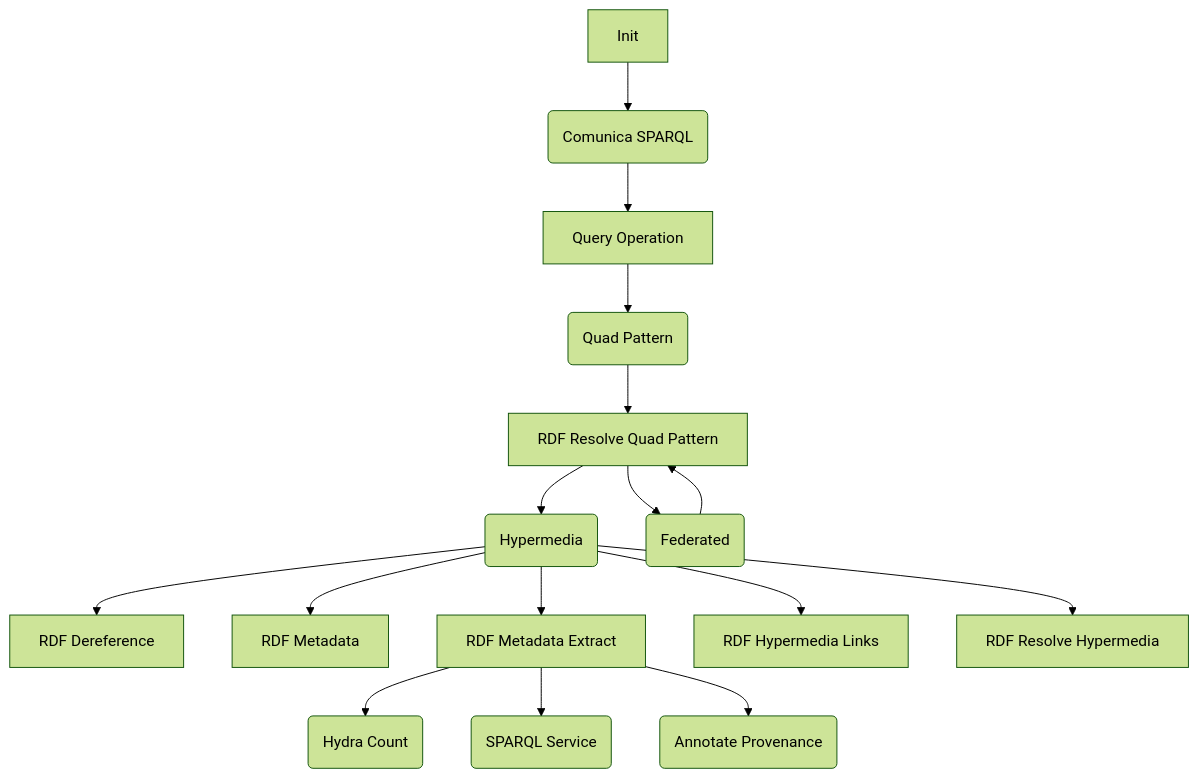
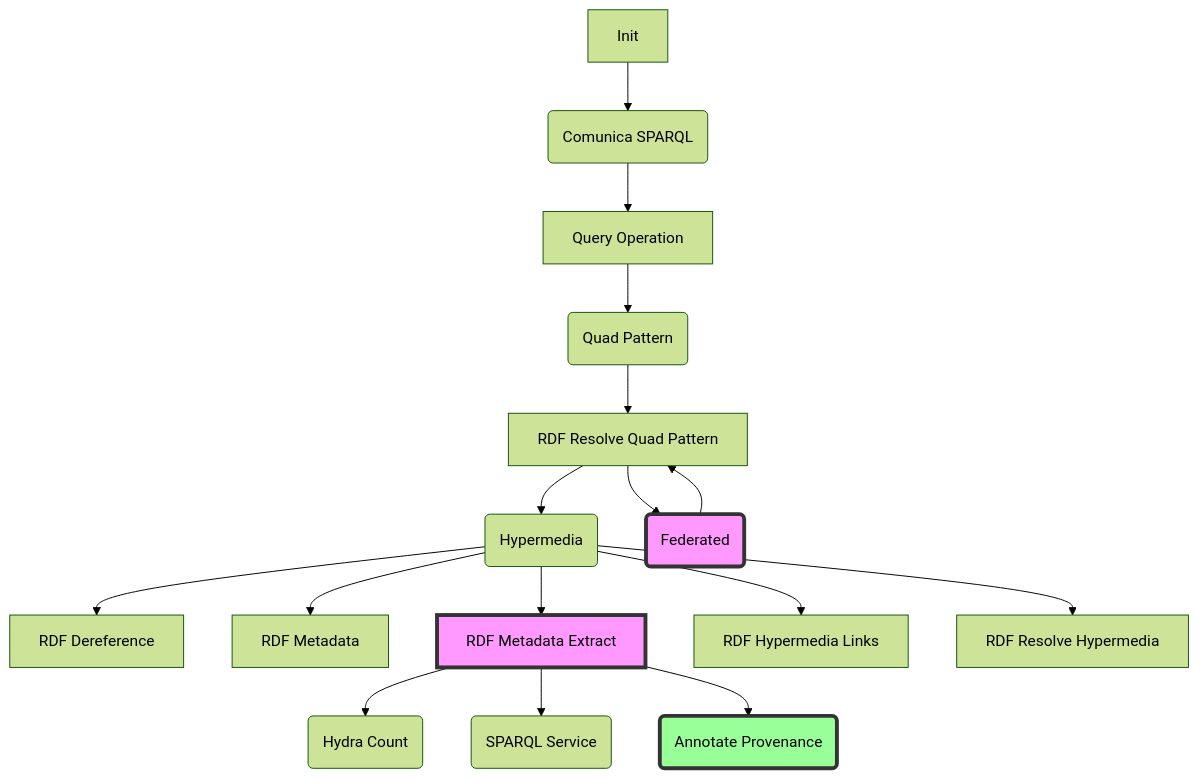
Before and after one commit to RMLio/prov4itdata-web-app: the second of 2 diagrams in docs/REPORT.md, drawn with Mermaid (forest theme). The commit also changed other lines of this file, not shown here.

Commit message:
clarified comunica status in report

````diff
--- a/docs/REPORT.md
+++ b/docs/REPORT.md
@@ -261,60 +261,64 @@
 ```mermaid
 
 graph TD
 
 
 
   linkStyle default interpolate basis
 
 
     B_I[Init]
     A_CS(Comunica SPARQL)
 
     B_QO[Query Operation]
     A_QP(Quad Pattern)
 
     B_RQP[RDF Resolve Quad Pattern]
 
     A_Hm(Hypermedia)
     A_F(Federated)
 
     B_RDr[RDF Dereference]
 
     B_RM[RDF Metadata]
 
     B_RME[RDF Metadata Extract]
 
     A_HC(Hydra Count)
     A_SS(SPARQL Service)
     A_AP(Annotate Provenance)
     
     
     B_RHL[RDF Hypermedia Links]
 
     B_RRH[RDF Resolve Hypermedia]
 
     %%%%%%%%%%%%%%%%%%%%%%%%%%
        %% connections
 
     B_I  --> A_CS
     
     A_CS --> B_QO
 
     B_QO --> A_QP
 
     A_QP --> B_RQP
 
     B_RQP --> A_Hm
     B_RQP --> A_F
     A_F --> B_RQP
 
     A_Hm --> B_RDr
     A_Hm --> B_RM
     A_Hm --> B_RME
     A_Hm --> B_RHL
     A_Hm --> B_RRH
 
     B_RME --> A_HC
     B_RME --> A_SS
     B_RME --> A_AP
+
+    style A_F fill:#f9f,stroke:#333,stroke-width:4px
+    style B_RME fill:#f9f,stroke:#333,stroke-width:4px
+    style A_AP fill:#9f9,stroke:#333,stroke-width:4px
 ```
````
